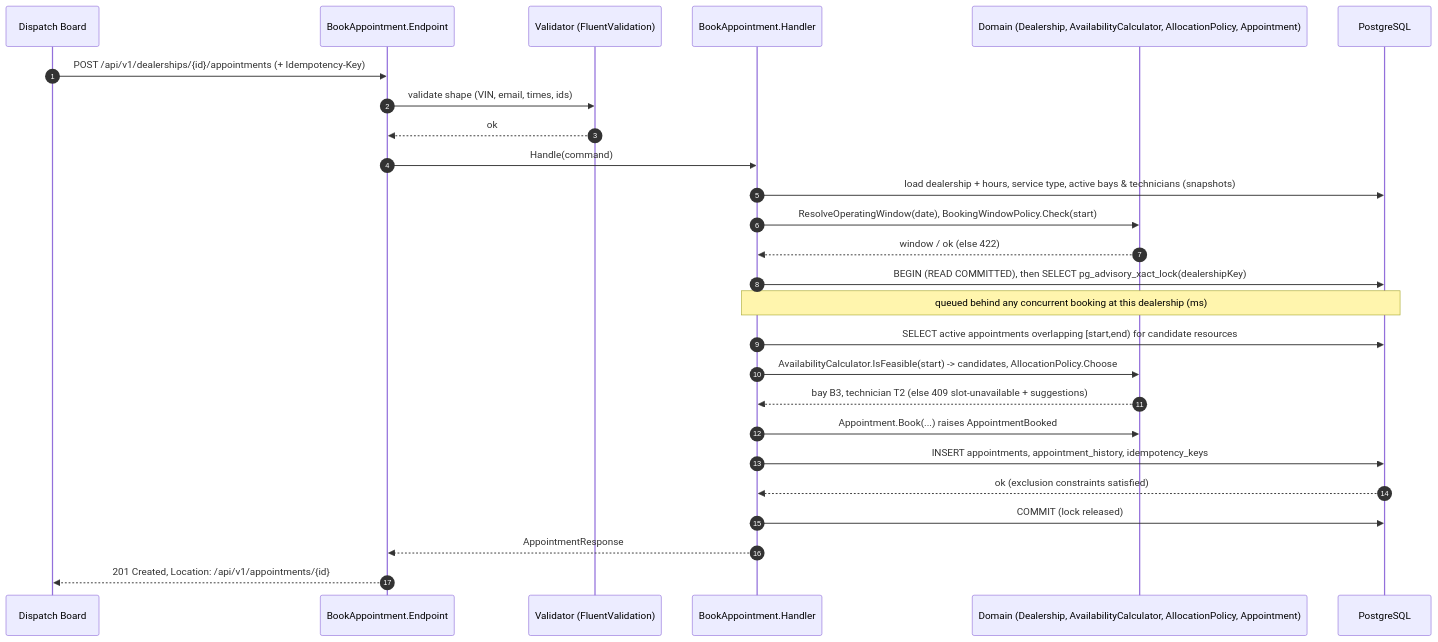
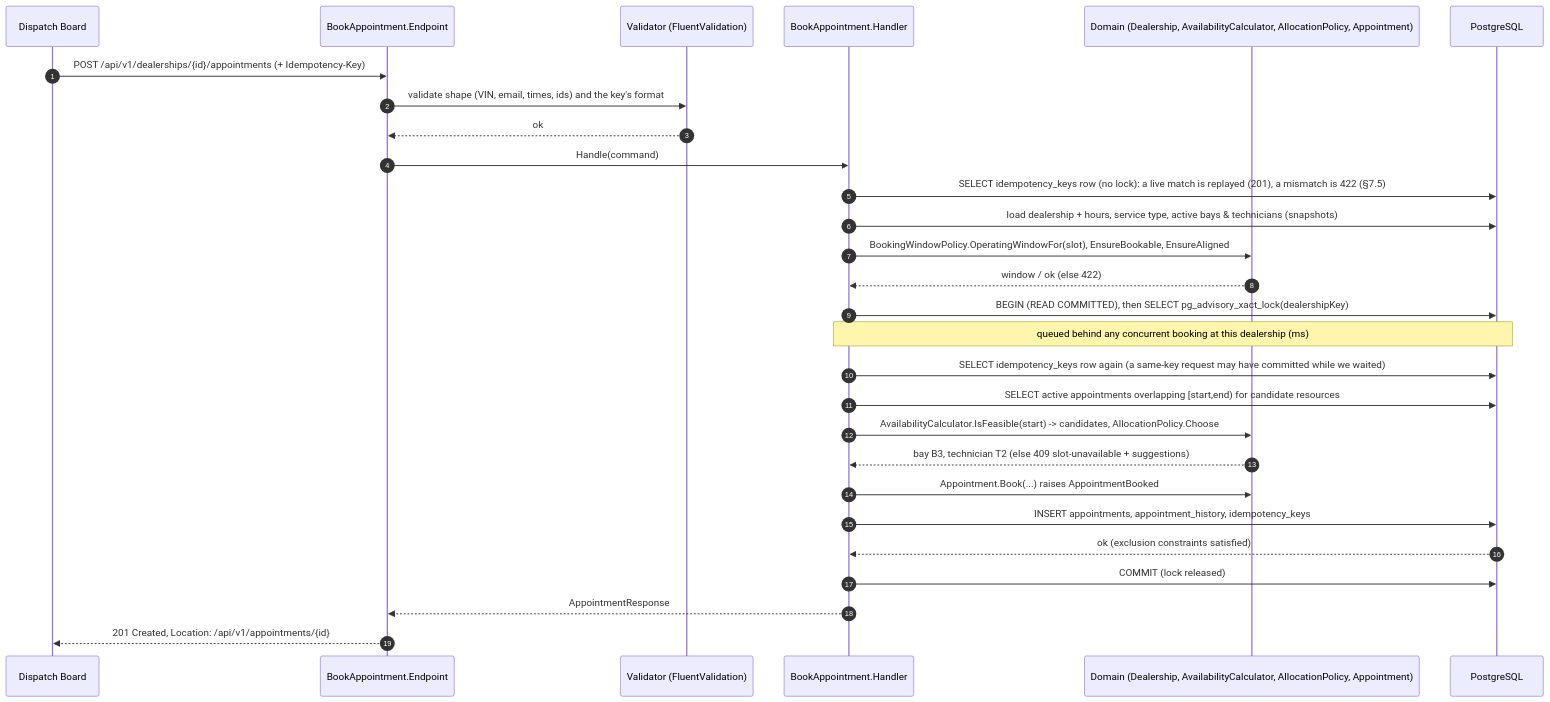
The sixth of 12 diagrams in docs/SYSTEM_DESIGN.md (kylesmile1103/keyloop-service-scheduler), drawn with Mermaid before and after one commit. The commit also changed other lines of this file and 35 other files, not shown here.

````diff
--- a/docs/SYSTEM_DESIGN.md
+++ b/docs/SYSTEM_DESIGN.md
@@ -660,29 +664,31 @@
 ```mermaid
 sequenceDiagram
     autonumber
     participant UI as Dispatch Board
     participant EP as BookAppointment.Endpoint
     participant V as Validator (FluentValidation)
     participant H as BookAppointment.Handler
     participant D as Domain (Dealership, AvailabilityCalculator, AllocationPolicy, Appointment)
     participant DB as PostgreSQL
 
     UI->>EP: POST /api/v1/dealerships/{id}/appointments (+ Idempotency-Key)
-    EP->>V: validate shape (VIN, email, times, ids)
+    EP->>V: validate shape (VIN, email, times, ids) and the key's format
     V-->>EP: ok
     EP->>H: Handle(command)
+    H->>DB: SELECT idempotency_keys row (no lock): a live match is replayed (201), a mismatch is 422 (§7.5)
     H->>DB: load dealership + hours, service type, active bays & technicians (snapshots)
-    H->>D: ResolveOperatingWindow(date), BookingWindowPolicy.Check(start)
+    H->>D: BookingWindowPolicy.OperatingWindowFor(slot), EnsureBookable, EnsureAligned
     D-->>H: window / ok (else 422)
     H->>DB: BEGIN (READ COMMITTED), then SELECT pg_advisory_xact_lock(dealershipKey)
     Note over H,DB: queued behind any concurrent booking at this dealership (ms)
+    H->>DB: SELECT idempotency_keys row again (a same-key request may have committed while we waited)
     H->>DB: SELECT active appointments overlapping [start,end) for candidate resources
     H->>D: AvailabilityCalculator.IsFeasible(start) -> candidates, AllocationPolicy.Choose
     D-->>H: bay B3, technician T2 (else 409 slot-unavailable + suggestions)
     H->>D: Appointment.Book(...) raises AppointmentBooked
     H->>DB: INSERT appointments, appointment_history, idempotency_keys
     DB-->>H: ok (exclusion constraints satisfied)
     H->>DB: COMMIT (lock released)
     H-->>EP: AppointmentResponse
     EP-->>UI: 201 Created, Location: /api/v1/appointments/{id}
 ```
````
